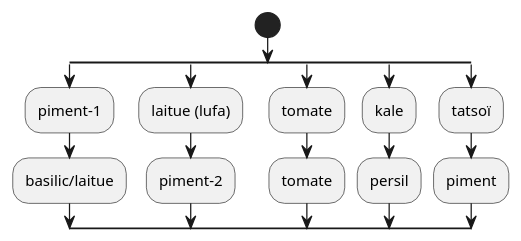
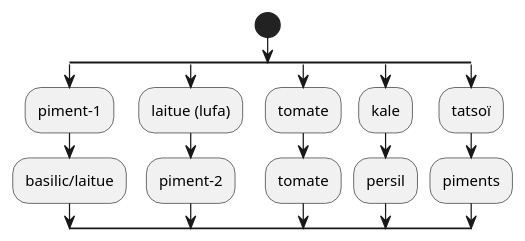
One commit to jkero/hydroponik changed the diagram in hydroponique/source/plan.rst. Above: the diagram before and after it, drawn with PlantUML. The commit also changed 1 other file, not shown here.

```diff
--- a/hydroponique/source/plan.rst
+++ b/hydroponique/source/plan.rst
@@ -5,20 +5,20 @@
 .. uml::
 
     @startuml
     start
     split
         :piment-1;
         :basilic/laitue;
     split again
     :laitue (lufa);
         :piment-2;
         split again
         :tomate;
         :tomate;
         split again
         :kale;
         :persil;
         split again
         :tatsoï;
-        :piment;
+        :piments;
     @enduml
```
